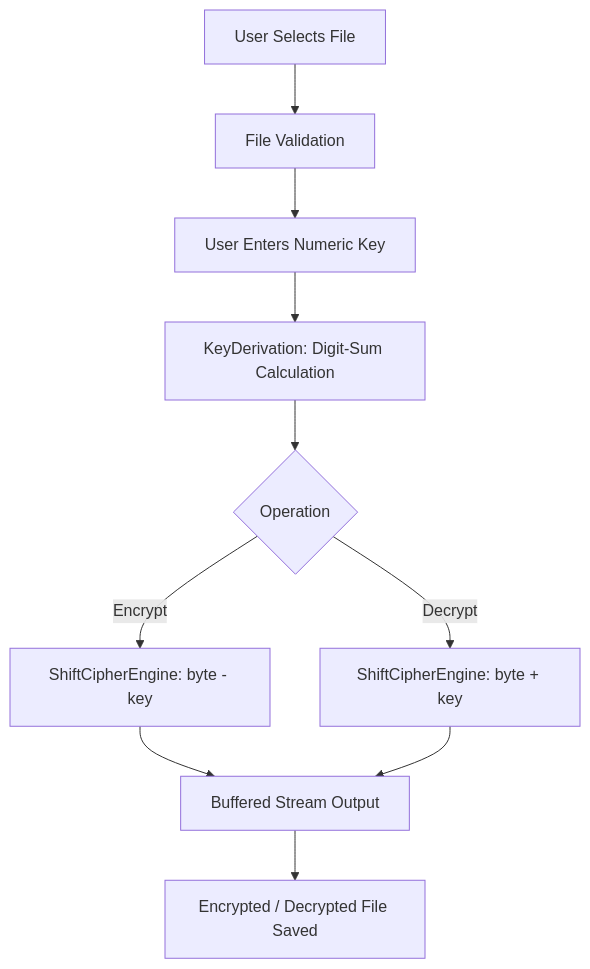
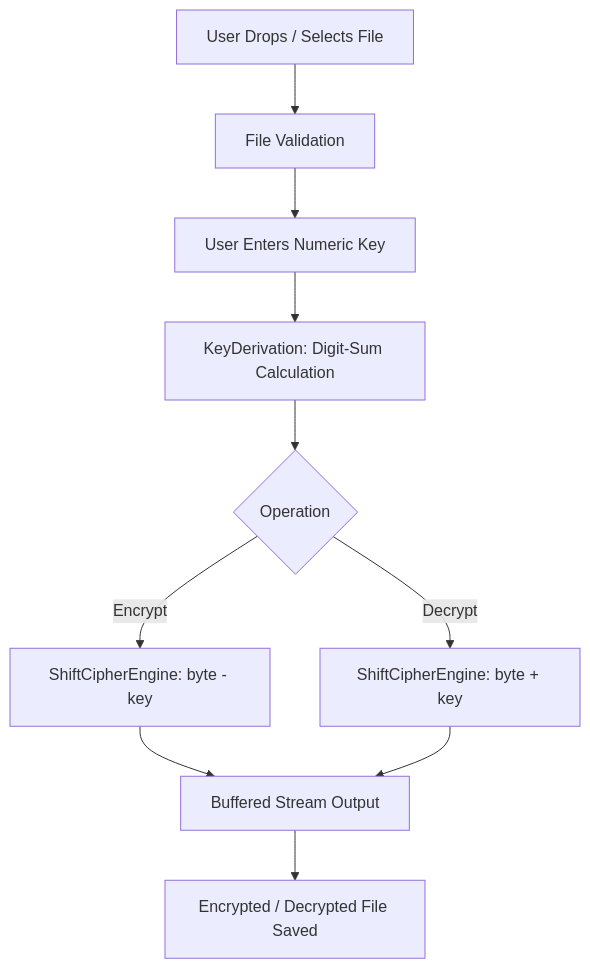
Before and after one commit to adarshh025/encryption-project: the diagram in README.md, drawn with Mermaid. The commit also changed other lines of this file and 18 other files, not shown here.

````diff
--- a/README.md
+++ b/README.md
@@ -56,12 +67,12 @@
 ```mermaid
 flowchart TD
-    A[User Selects File] --> B[File Validation]
+    A[User Drops / Selects File] --> B[File Validation]
     B --> C[User Enters Numeric Key]
     C --> D[KeyDerivation: Digit-Sum Calculation]
     D --> E{Operation}
     E -->|Encrypt| F[ShiftCipherEngine: byte - key]
     E -->|Decrypt| G[ShiftCipherEngine: byte + key]
     F --> H[Buffered Stream Output]
     G --> H
     H --> I[Encrypted / Decrypted File Saved]
 ```
````
